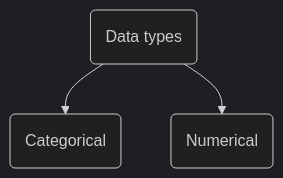
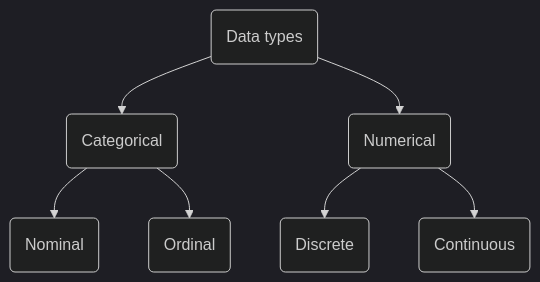
Before and after one commit to NBISweden/workshop-mlbiostatistics: the diagram in session-descriptive/data-types.qmd, drawn with Mermaid (dark theme). The commit also changed other lines of this file and 366 other files, not shown here.

````diff
--- a/session-descriptive/data-types.qmd
+++ b/session-descriptive/data-types.qmd
@@ -6,5 +7,14 @@
 ```{mermaid}
+%%| label: fig-1
+%%| fig-align: center
+%%| fig-cap: "Main data types: categorical (qualitative) and numerical (quantitative)"
+%%| fig-cap-location: margin
+
 flowchart TD
   A(Data types) --> B(Categorical)
   A(Data types) --> C(Numerical)
+  B --> D(Nominal)
+  B --> E(Ordinal)
+  C --> F(Discrete)
+  C --> G(Continuous)
 ```
````
